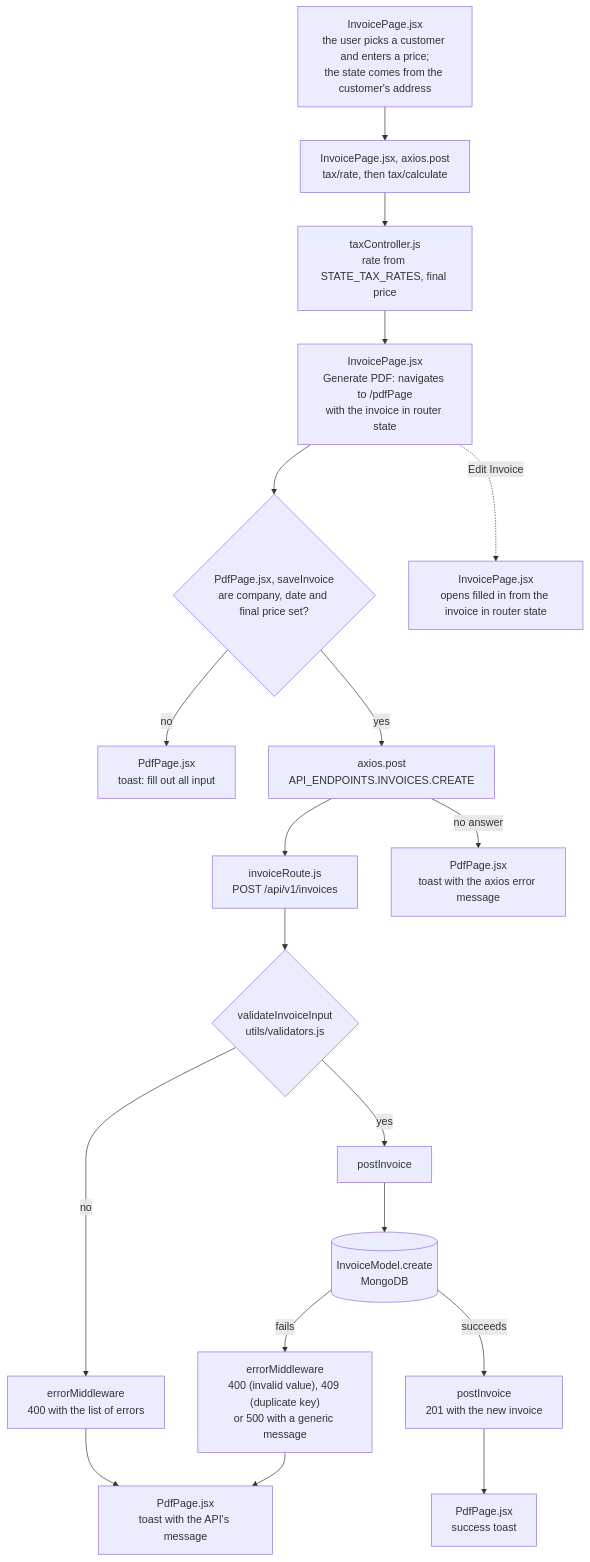
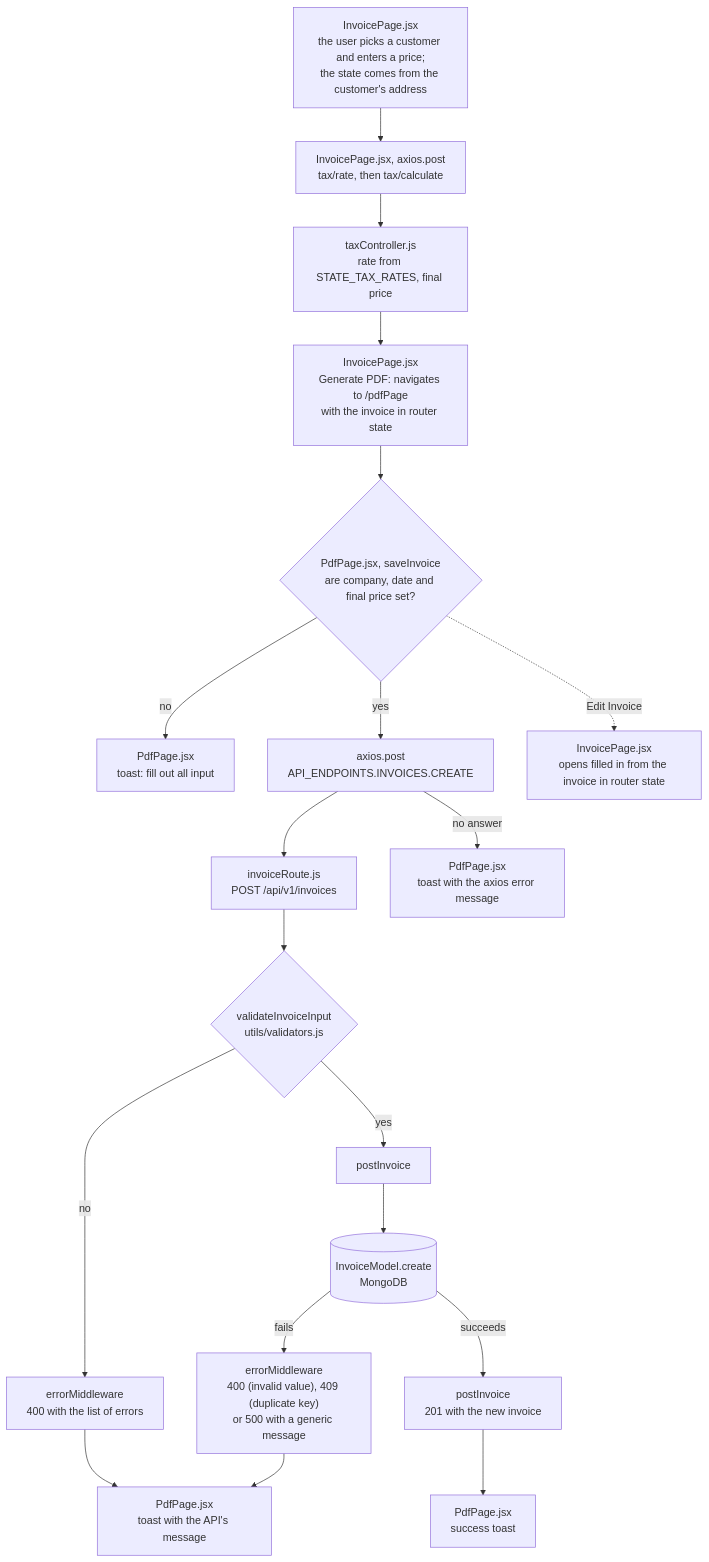
Before and after one commit to MatheusCastro99/InvoiceMe: the second of 2 diagrams in Harness_Config/Context/DataFlow.md, drawn with Mermaid. The commit also changed other lines of this file and 1 other file, not shown here.

Commit message:
fix: the profile's PDF link carries the invoice number and line items, and DataFlow.md names each list's shape (#149)

````diff
--- a/Harness_Config/Context/DataFlow.md
+++ b/Harness_Config/Context/DataFlow.md
@@ -36,21 +36,21 @@
 ```mermaid
 flowchart TD
     A["InvoicePage.jsx<br/>the user picks a customer and enters a price;<br/>the state comes from the customer's address"] --> T["InvoicePage.jsx, axios.post<br/>tax/rate, then tax/calculate"]
     T --> T1["taxController.js<br/>rate from STATE_TAX_RATES, final price"]
     T1 --> A2["InvoicePage.jsx<br/>Generate PDF: navigates to /pdfPage<br/>with the invoice in router state"]
     A2 --> B{"PdfPage.jsx, saveInvoice<br/>are company, date and final price set?"}
     B -- "no" --> B1["PdfPage.jsx<br/>toast: fill out all input"]
     B -- "yes" --> C["axios.post<br/>API_ENDPOINTS.INVOICES.CREATE"]
     C --> D["invoiceRoute.js<br/>POST /api/v1/invoices"]
     C -- "no answer" --> C1["PdfPage.jsx<br/>toast with the axios error message"]
     D --> E{"validateInvoiceInput<br/>utils/validators.js"}
     E -- "no" --> E1["errorMiddleware<br/>400 with the list of errors"]
     E -- "yes" --> F["postInvoice"]
     F --> G[("InvoiceModel.create<br/>MongoDB")]
     G -- "fails" --> G1["errorMiddleware<br/>400 (invalid value), 409 (duplicate key)<br/>or 500 with a generic message"]
     G -- "succeeds" --> H["postInvoice<br/>201 with the new invoice"]
     E1 --> I["PdfPage.jsx<br/>toast with the API's message"]
     G1 --> I
     H --> K["PdfPage.jsx<br/>success toast"]
-    A2 -. "Edit Invoice" .-> A3["InvoicePage.jsx<br/>opens filled in from the invoice in router state"]
+    B -. "Edit Invoice" .-> A3["InvoicePage.jsx<br/>opens filled in from the invoice in router state"]
 ```
````
